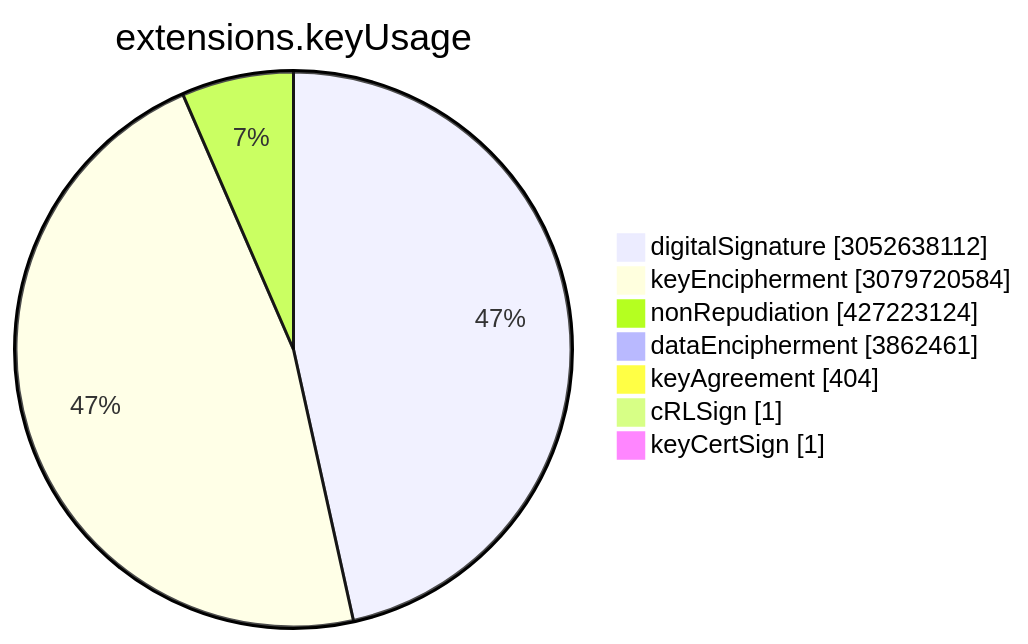
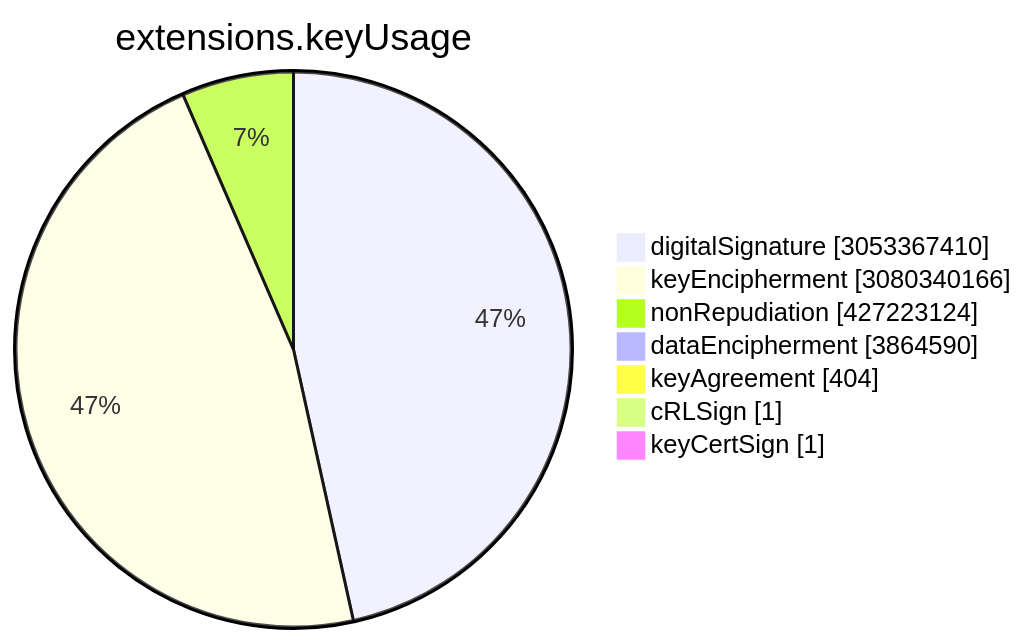
One commit to christiankrug/ctmonitor_visualization changed the sixth of 15 diagrams in TOTAL/README.md. Above: the diagram before and after it, drawn with Mermaid. The commit also changed other lines of this file, not shown here.

````diff
--- a/TOTAL/README.md
+++ b/TOTAL/README.md
@@ -3077,11 +3077,11 @@
 ```mermaid
 pie showData
 title extensions.keyUsage
-"digitalSignature" :3052638112
-"keyEncipherment" :3079720584
+"digitalSignature" :3053367410
+"keyEncipherment" :3080340166
 "nonRepudiation" :427223124
-"dataEncipherment" :3862461
+"dataEncipherment" :3864590
 "keyAgreement" :404
 "cRLSign" :1
 "keyCertSign" :1
 ```
````
